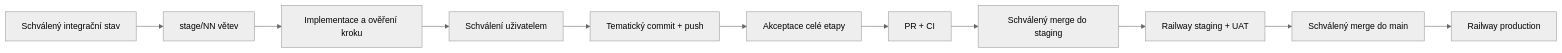
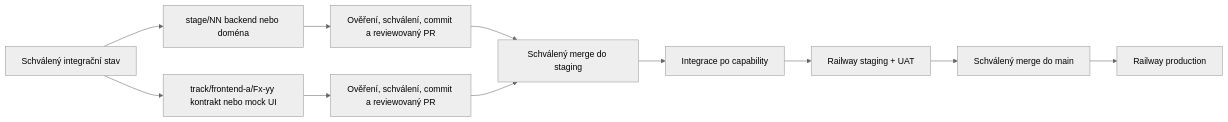
Before and after one commit to martymax/byzon-2026: the second of 2 diagrams in AI_IMPLEMENTATION_PLAN.md, drawn with Mermaid (neutral theme). The commit also changed other lines of this file and 1 other file, not shown here.

Commit message:
docs: rework AI plan for parallel frontend delivery

````diff
--- a/AI_IMPLEMENTATION_PLAN.md
+++ b/AI_IMPLEMENTATION_PLAN.md
@@ -231,13 +297,13 @@
 ```mermaid
 flowchart LR
-    BASE[Schválený integrační stav] --> BR[stage/NN větev]
-    BR --> STEP[Implementace a ověření kroku]
-    STEP --> APPROVAL[Schválení uživatelem]
-    APPROVAL --> PUSH[Tematický commit + push]
-    PUSH --> GATE[Akceptace celé etapy]
-    GATE --> PR[PR + CI]
-    PR --> STG[Schválený merge do staging]
-    STG --> UAT[Railway staging + UAT]
+    BASE[Schválený integrační stav] --> P[stage/NN backend nebo doména]
+    BASE --> F[track/frontend-a/Fx-yy kontrakt nebo mock UI]
+    P --> PRP[Ověření, schválení, commit a reviewovaný PR]
+    F --> PRF[Ověření, schválení, commit a reviewovaný PR]
+    PRP --> STG[Schválený merge do staging]
+    PRF --> STG
+    STG --> INT[Integrace po capability]
+    INT --> UAT[Railway staging + UAT]
     UAT --> MAIN[Schválený merge do main]
     MAIN --> PROD[Railway production]
 ```
````
